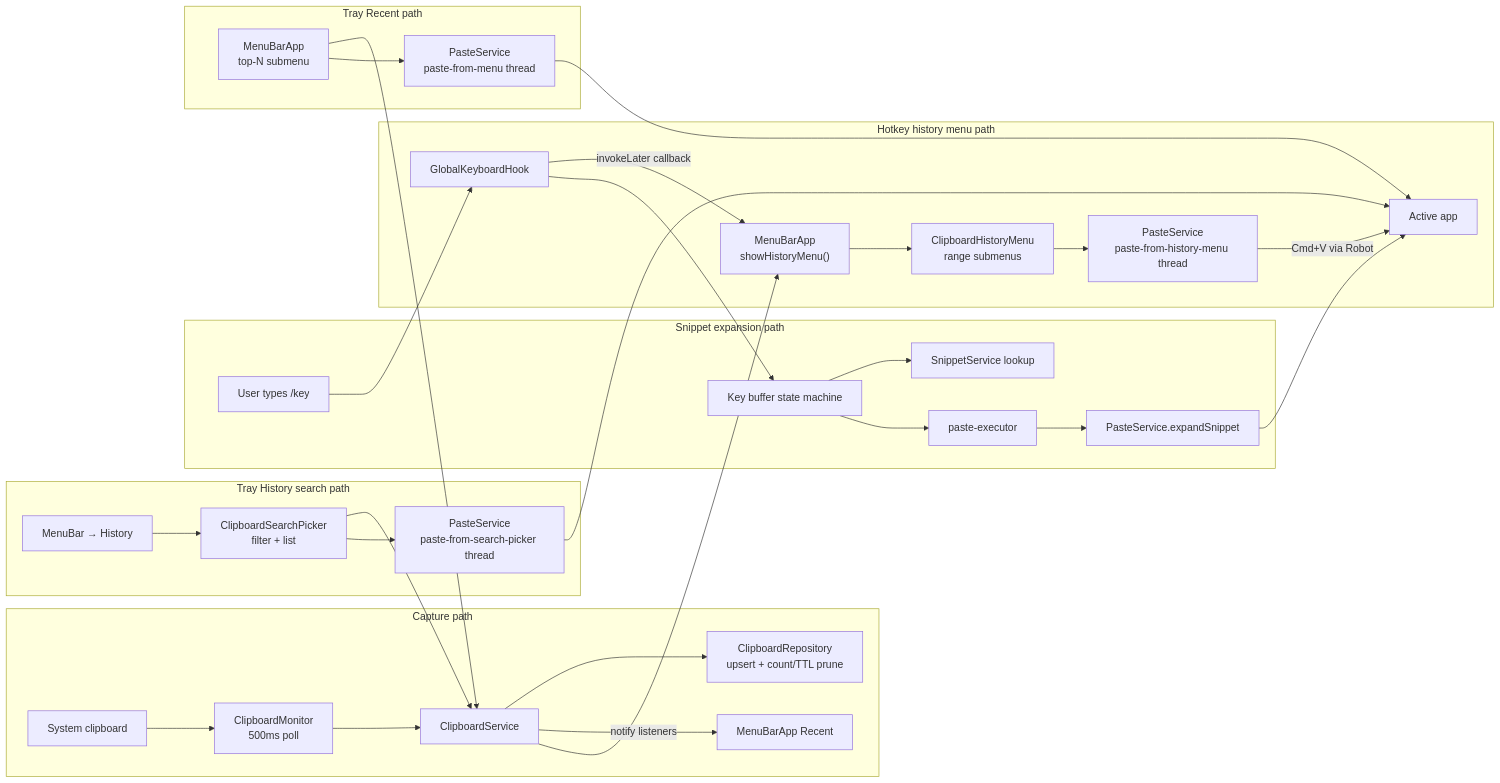
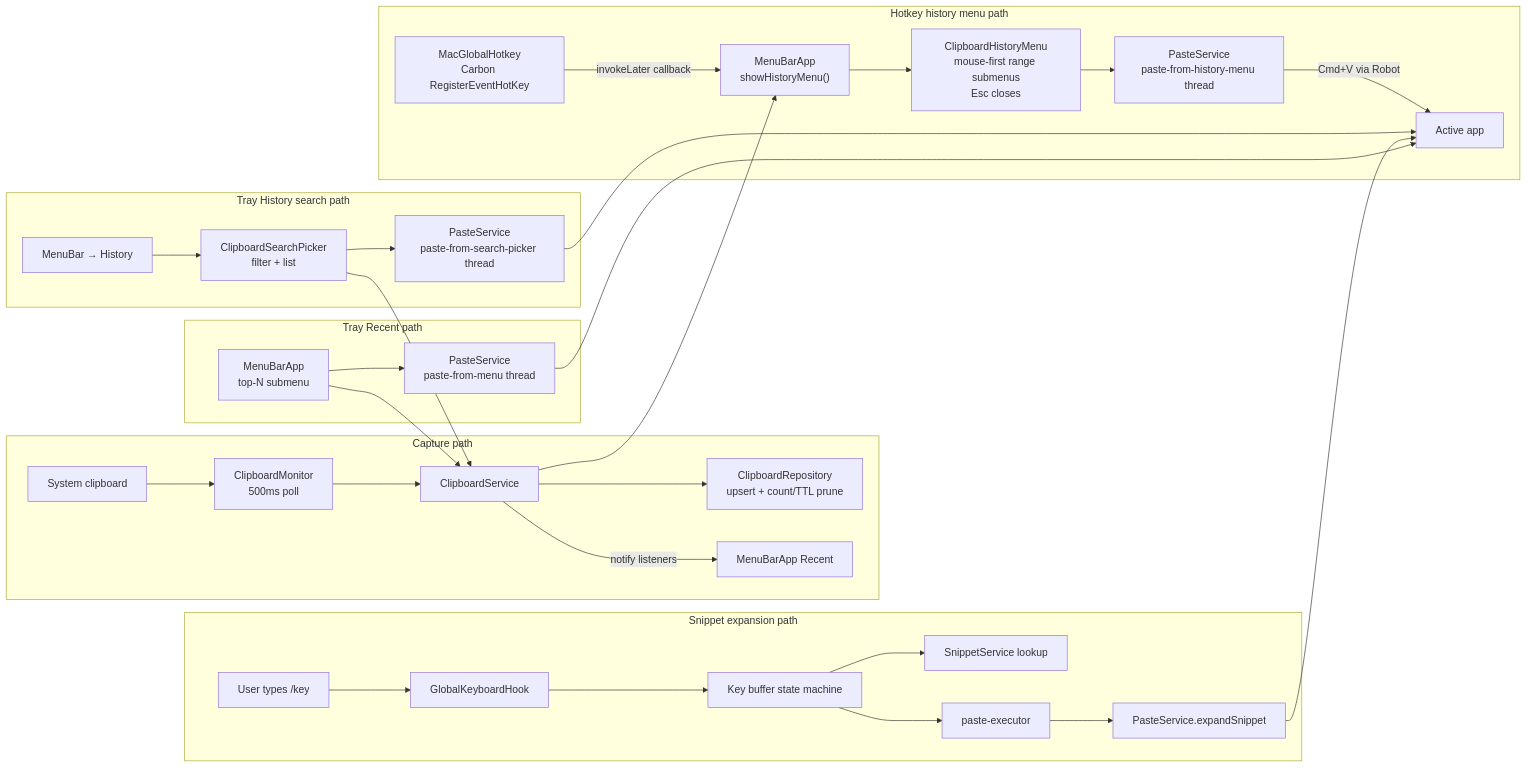
The third of 5 diagrams in README.md (Meghna2528/Pasties), drawn with Mermaid before and after one commit. The commit also changed other lines of this file and 9 other files, not shown here.

````diff
--- a/README.md
+++ b/README.md
@@ -456,46 +471,47 @@
 ```mermaid
 flowchart LR
     subgraph Capture["Capture path"]
         CB["System clipboard"]
         CM["ClipboardMonitor<br/>500ms poll"]
         CS["ClipboardService"]
         CR["ClipboardRepository<br/>upsert + count/TTL prune"]
         CB --> CM --> CS --> CR
         CS -->|"notify listeners"| MB2["MenuBarApp Recent"]
     end
 
     subgraph Hotkey["Hotkey history menu path"]
-        HK["GlobalKeyboardHook"]
+        HK["MacGlobalHotkey<br/>Carbon RegisterEventHotKey"]
         MB4["MenuBarApp<br/>showHistoryMenu()"]
-        HM["ClipboardHistoryMenu<br/>range submenus"]
+        HM["ClipboardHistoryMenu<br/>mouse-first range submenus<br/>Esc closes"]
         PS1["PasteService<br/>paste-from-history-menu thread"]
         HK -->|"invokeLater callback"| MB4 --> HM --> PS1
         CS --> MB4
         PS1 -->|"Cmd+V via Robot"| App["Active app"]
     end
 
     subgraph Search["Tray History search path"]
         MB3["MenuBar → History"]
         SP["ClipboardSearchPicker<br/>filter + list"]
         PS2["PasteService<br/>paste-from-search-picker thread"]
         MB3 --> SP --> CS
         SP --> PS2 --> App
     end
 
     subgraph Snip["Snippet expansion path"]
         Keys["User types /key"]
+        JHK["GlobalKeyboardHook"]
         FSM["Key buffer state machine"]
         SS["SnippetService lookup"]
         PEx["paste-executor"]
-        Keys --> HK --> FSM --> SS
+        Keys --> JHK --> FSM --> SS
         FSM --> PEx --> PS3["PasteService.expandSnippet"]
         PS3 --> App
     end
 
     subgraph Tray["Tray Recent path"]
         MB["MenuBarApp<br/>top-N submenu"]
         PS4["PasteService<br/>paste-from-menu thread"]
         MB --> CS
         MB --> PS4 --> App
     end
 ```
````
